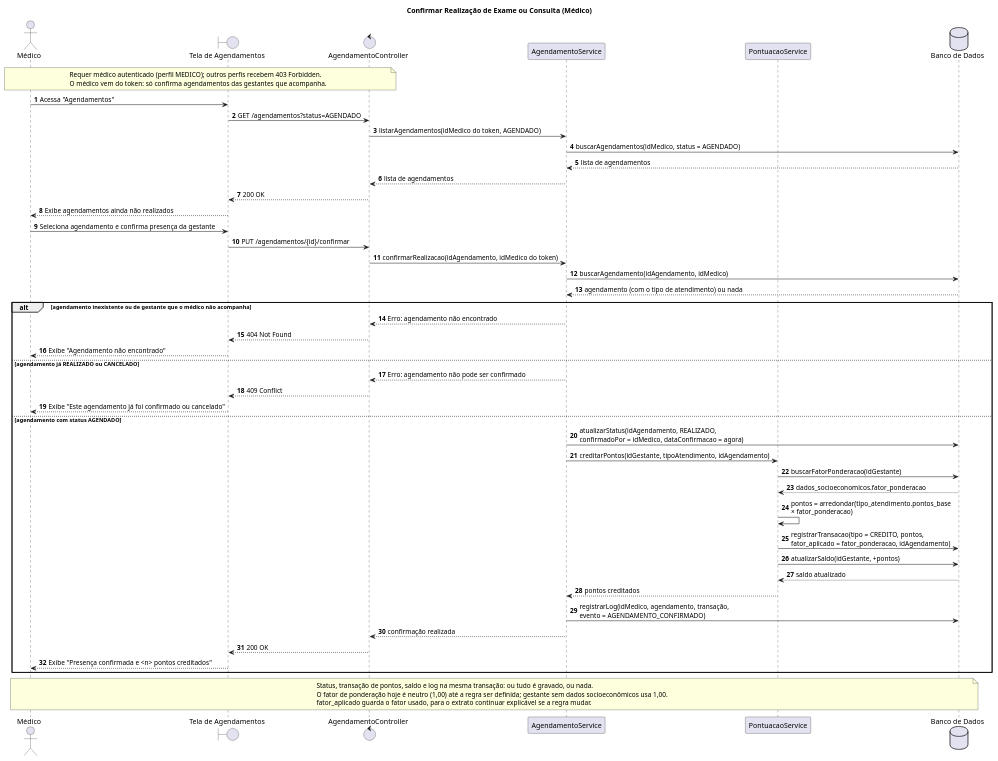
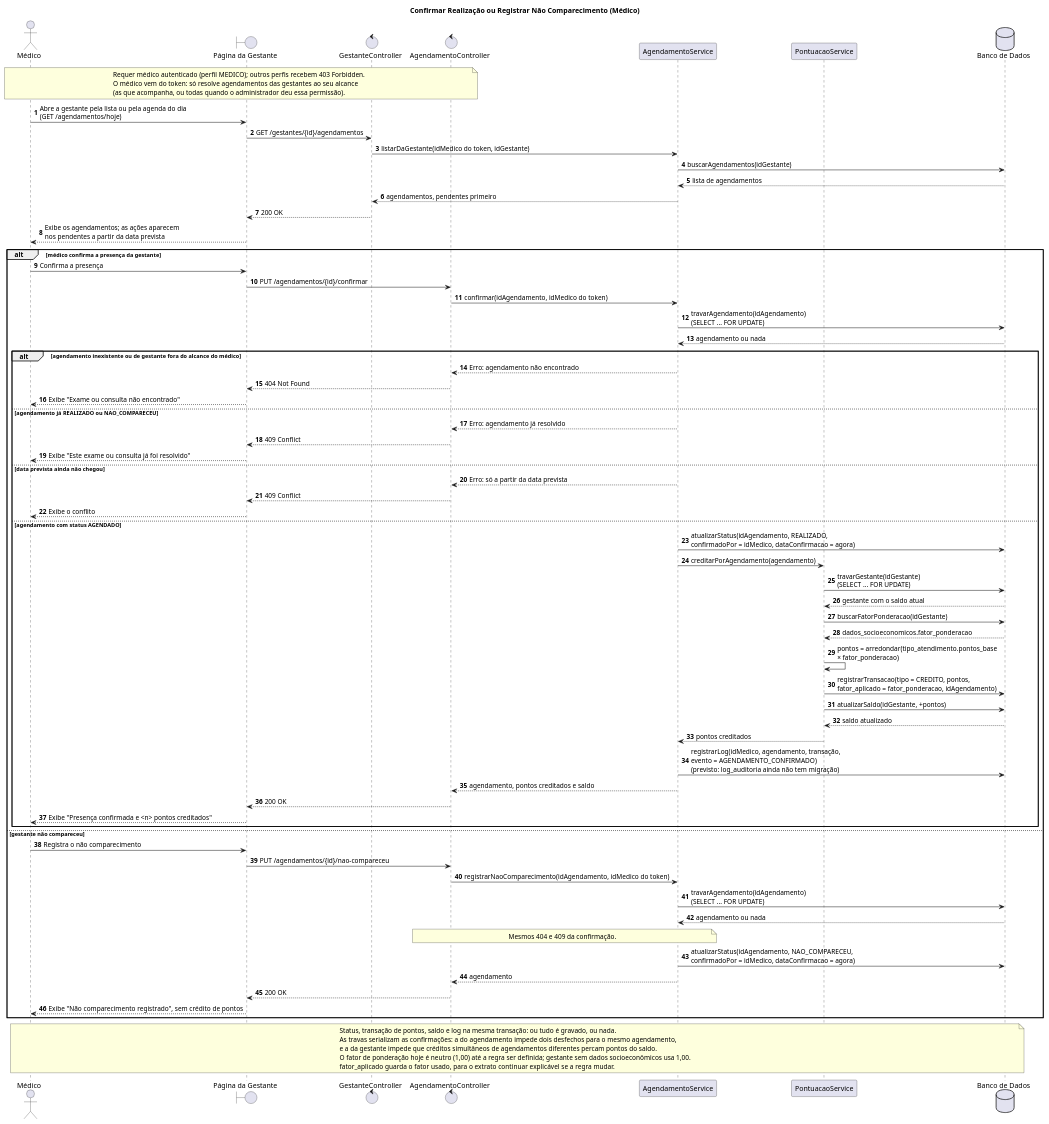
One commit to CozyShelf/previna-backend changed the diagram in docs/sequence-diagrams/confirmar-realizacao-exame/confirmar-realizacao-exame.puml. Above: the diagram before and after it, drawn with PlantUML. The commit also changed 59 other files, not shown here.

```diff
--- a/docs/sequence-diagrams/confirmar-realizacao-exame/confirmar-realizacao-exame.puml
+++ b/docs/sequence-diagrams/confirmar-realizacao-exame/confirmar-realizacao-exame.puml
@@ -1,62 +1,87 @@
 @startuml confirmar-realizacao-exame
-title Confirmar Realização de Exame ou Consulta (Médico)
+title Confirmar Realização ou Registrar Não Comparecimento (Médico)
 autonumber
 
 actor "Médico" as Medico
-boundary "Tela de Agendamentos" as Tela
+boundary "Página da Gestante" as Tela
+control "GestanteController" as GestanteController
 control "AgendamentoController" as Controller
 participant "AgendamentoService" as Service
 participant "PontuacaoService" as Pontuacao
 database "Banco de Dados" as BD
 
 note over Medico, Controller
     Requer médico autenticado (perfil MEDICO); outros perfis recebem 403 Forbidden.
-    O médico vem do token: só confirma agendamentos das gestantes que acompanha.
+    O médico vem do token: só resolve agendamentos das gestantes ao seu alcance
+    (as que acompanha, ou todas quando o administrador deu essa permissão).
 end note
 
-Medico -> Tela : Acessa "Agendamentos"
-Tela -> Controller : GET /agendamentos?status=AGENDADO
-Controller -> Service : listarAgendamentos(idMedico do token, AGENDADO)
-Service -> BD : buscarAgendamentos(idMedico, status = AGENDADO)
+Medico -> Tela : Abre a gestante pela lista ou pela agenda do dia\n(GET /agendamentos/hoje)
+Tela -> GestanteController : GET /gestantes/{id}/agendamentos
+GestanteController -> Service : listarDaGestante(idMedico do token, idGestante)
+Service -> BD : buscarAgendamentos(idGestante)
 BD --> Service : lista de agendamentos
-Service --> Controller : lista de agendamentos
-Controller --> Tela : 200 OK
-Tela --> Medico : Exibe agendamentos ainda não realizados
+Service --> GestanteController : agendamentos, pendentes primeiro
+GestanteController --> Tela : 200 OK
+Tela --> Medico : Exibe os agendamentos; as ações aparecem\nnos pendentes a partir da data prevista
 
-Medico -> Tela : Seleciona agendamento e confirma presença da gestante
-Tela -> Controller : PUT /agendamentos/{id}/confirmar
-Controller -> Service : confirmarRealizacao(idAgendamento, idMedico do token)
-Service -> BD : buscarAgendamento(idAgendamento, idMedico)
-BD --> Service : agendamento (com o tipo de atendimento) ou nada
+alt médico confirma a presença da gestante
+    Medico -> Tela : Confirma a presença
+    Tela -> Controller : PUT /agendamentos/{id}/confirmar
+    Controller -> Service : confirmar(idAgendamento, idMedico do token)
+    Service -> BD : travarAgendamento(idAgendamento)\n(SELECT ... FOR UPDATE)
+    BD --> Service : agendamento ou nada
 
-alt agendamento inexistente ou de gestante que o médico não acompanha
-    Service --> Controller : Erro: agendamento não encontrado
-    Controller --> Tela : 404 Not Found
-    Tela --> Medico : Exibe "Agendamento não encontrado"
-else agendamento já REALIZADO ou CANCELADO
-    Service --> Controller : Erro: agendamento não pode ser confirmado
-    Controller --> Tela : 409 Conflict
-    Tela --> Medico : Exibe "Este agendamento já foi confirmado ou cancelado"
-else agendamento com status AGENDADO
-    Service -> BD : atualizarStatus(idAgendamento, REALIZADO,\nconfirmadoPor = idMedico, dataConfirmacao = agora)
-    Service -> Pontuacao : creditarPontos(idGestante, tipoAtendimento, idAgendamento)
-    Pontuacao -> BD : buscarFatorPonderacao(idGestante)
-    BD --> Pontuacao : dados_socioeconomicos.fator_ponderacao
-    Pontuacao -> Pontuacao : pontos = arredondar(tipo_atendimento.pontos_base\n× fator_ponderacao)
-    Pontuacao -> BD : registrarTransacao(tipo = CREDITO, pontos,\nfator_aplicado = fator_ponderacao, idAgendamento)
-    Pontuacao -> BD : atualizarSaldo(idGestante, +pontos)
-    BD --> Pontuacao : saldo atualizado
-    Pontuacao --> Service : pontos creditados
-    Service -> BD : registrarLog(idMedico, agendamento, transação,\nevento = AGENDAMENTO_CONFIRMADO)
-    Service --> Controller : confirmação realizada
+    alt agendamento inexistente ou de gestante fora do alcance do médico
+        Service --> Controller : Erro: agendamento não encontrado
+        Controller --> Tela : 404 Not Found
+        Tela --> Medico : Exibe "Exame ou consulta não encontrado"
+    else agendamento já REALIZADO ou NAO_COMPARECEU
+        Service --> Controller : Erro: agendamento já resolvido
+        Controller --> Tela : 409 Conflict
+        Tela --> Medico : Exibe "Este exame ou consulta já foi resolvido"
+    else data prevista ainda não chegou
+        Service --> Controller : Erro: só a partir da data prevista
+        Controller --> Tela : 409 Conflict
+        Tela --> Medico : Exibe o conflito
+    else agendamento com status AGENDADO
+        Service -> BD : atualizarStatus(idAgendamento, REALIZADO,\nconfirmadoPor = idMedico, dataConfirmacao = agora)
+        Service -> Pontuacao : creditarPorAgendamento(agendamento)
+        Pontuacao -> BD : travarGestante(idGestante)\n(SELECT ... FOR UPDATE)
+        BD --> Pontuacao : gestante com o saldo atual
+        Pontuacao -> BD : buscarFatorPonderacao(idGestante)
+        BD --> Pontuacao : dados_socioeconomicos.fator_ponderacao
+        Pontuacao -> Pontuacao : pontos = arredondar(tipo_atendimento.pontos_base\n× fator_ponderacao)
+        Pontuacao -> BD : registrarTransacao(tipo = CREDITO, pontos,\nfator_aplicado = fator_ponderacao, idAgendamento)
+        Pontuacao -> BD : atualizarSaldo(idGestante, +pontos)
+        BD --> Pontuacao : saldo atualizado
+        Pontuacao --> Service : pontos creditados
+        Service -> BD : registrarLog(idMedico, agendamento, transação,\nevento = AGENDAMENTO_CONFIRMADO)\n(previsto: log_auditoria ainda não tem migração)
+        Service --> Controller : agendamento, pontos creditados e saldo
+        Controller --> Tela : 200 OK
+        Tela --> Medico : Exibe "Presença confirmada e <n> pontos creditados"
+    end
+else gestante não compareceu
+    Medico -> Tela : Registra o não comparecimento
+    Tela -> Controller : PUT /agendamentos/{id}/nao-compareceu
+    Controller -> Service : registrarNaoComparecimento(idAgendamento, idMedico do token)
+    Service -> BD : travarAgendamento(idAgendamento)\n(SELECT ... FOR UPDATE)
+    BD --> Service : agendamento ou nada
+    note over Controller, Service
+        Mesmos 404 e 409 da confirmação.
+    end note
+    Service -> BD : atualizarStatus(idAgendamento, NAO_COMPARECEU,\nconfirmadoPor = idMedico, dataConfirmacao = agora)
+    Service --> Controller : agendamento
     Controller --> Tela : 200 OK
-    Tela --> Medico : Exibe "Presença confirmada e <n> pontos creditados"
+    Tela --> Medico : Exibe "Não comparecimento registrado", sem crédito de pontos
 end
 
 note over Medico, BD
     Status, transação de pontos, saldo e log na mesma transação: ou tudo é gravado, ou nada.
+    As travas serializam as confirmações: a do agendamento impede dois desfechos para o mesmo agendamento,
+    e a da gestante impede que créditos simultâneos de agendamentos diferentes percam pontos do saldo.
     O fator de ponderação hoje é neutro (1,00) até a regra ser definida; gestante sem dados socioeconômicos usa 1,00.
     fator_aplicado guarda o fator usado, para o extrato continuar explicável se a regra mudar.
 end note
 
 @enduml
```
